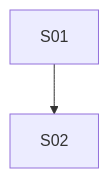
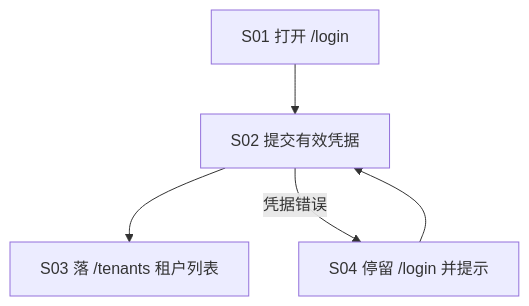
The diagram in docs/design/flow-function-map.md (zcqiand/saas-identity-platform-e2e), drawn with Mermaid before and after one commit. The commit also changed other lines of this file and 1 other file, not shown here.

First line of the commit message:
docs(design): 流程映射落稿 — FLOW-01 登录主链 + 孤儿白名单 9 项（软告警 0）

````diff
--- a/docs/design/flow-function-map.md
+++ b/docs/design/flow-function-map.md
@@ -9,4 +13,7 @@
 ```mermaid
 flowchart TD
-    S01[S01 ] --> S02[S02 ]
+    S01[S01 打开 /login] --> S02[S02 提交有效凭据]
+    S02 --> S03[S03 落 /tenants 租户列表]
+    S02 -- 凭据错误 --> S04[S04 停留 /login 并提示]
+    S04 --> S02
 ```
````
